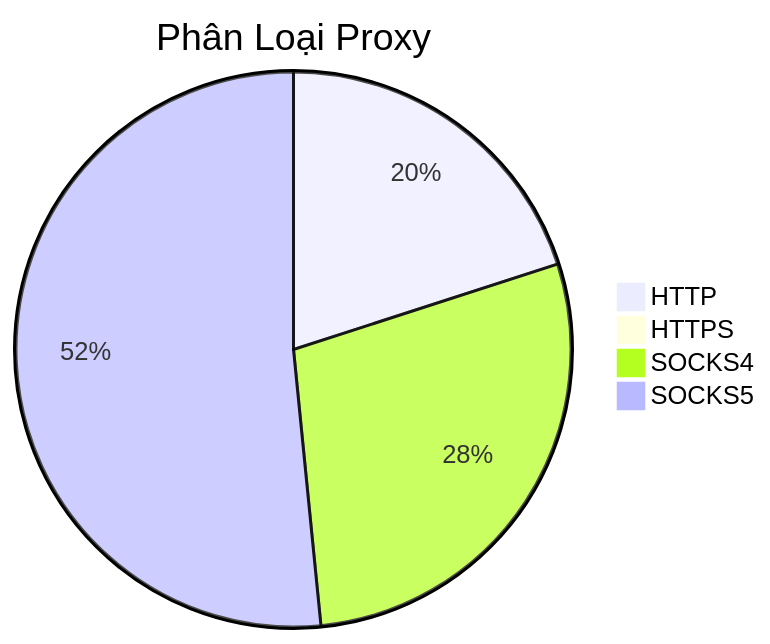
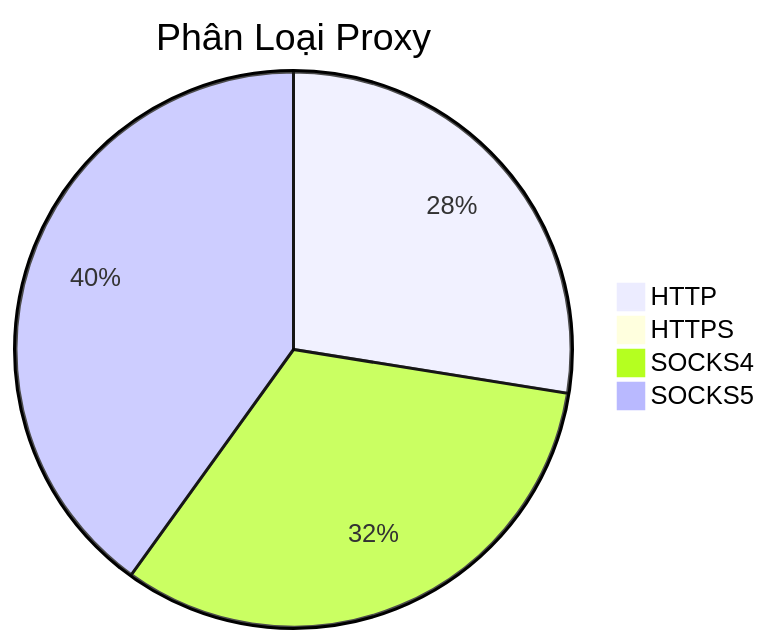
Before and after one commit to Ciara-12/PROXY-free: the diagram in README.md, drawn with Mermaid. The commit also changed other lines of this file and 3 other files, not shown here.

````diff
--- a/README.md
+++ b/README.md
@@ -26,7 +26,7 @@
 ```mermaid
 pie title Phân Loại Proxy
-    "HTTP" : 349
+    "HTTP" : 395
     "HTTPS" : 0
-    "SOCKS4" : 495
-    "SOCKS5" : 899
+    "SOCKS4" : 465
+    "SOCKS5" : 575
 ```
````
